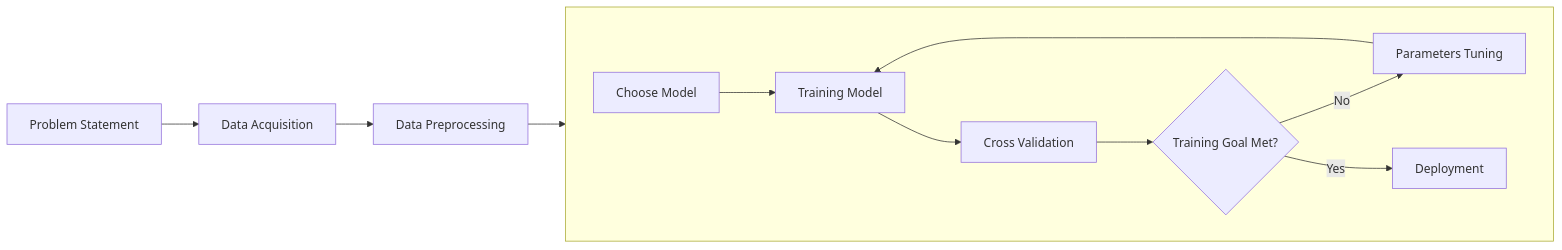
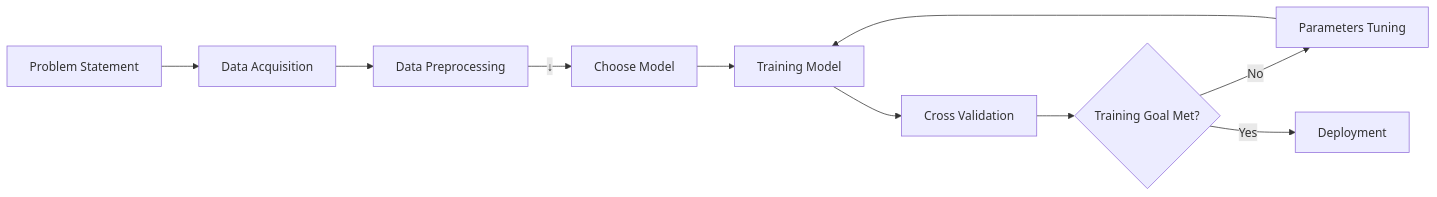
One commit to Yohansgit/Machine-Learning_Models_Projects changed the first of 3 diagrams in flowchart_test-1.md. Above: the diagram before and after it, drawn with Mermaid.

Commit message:
Enhance flowchart with model choice arrow and layout
Updated flowchart to include downward arrow for model choice and improved training workflow layout.

````diff
--- a/flowchart_test-1.md
+++ b/flowchart_test-1.md
@@ -1,22 +1,16 @@
 ```mermaid
 flowchart LR
     %% Top horizontal row
     A[Problem Statement] --> B[Data Acquisition] --> C[Data Preprocessing]
 
-    %% Downward to model choice 
-    C --> D[Choose Model]
+    %% Downward arrow to choose model 
+    C -->|↓| D[Choose Model]
 
-    %% Training loop
-    subgraph Training_Loop [ ]
-    direction LR
+    %% Training workflow
         D --> E[Training Model]
         E --> F[Cross Validation]
         F --> G{Training Goal Met?}
-
         G -- No --> H[Parameters Tuning]
         H --> E
-
         G -- Yes --> I[Deployment]
-
-    end
 ```
````
